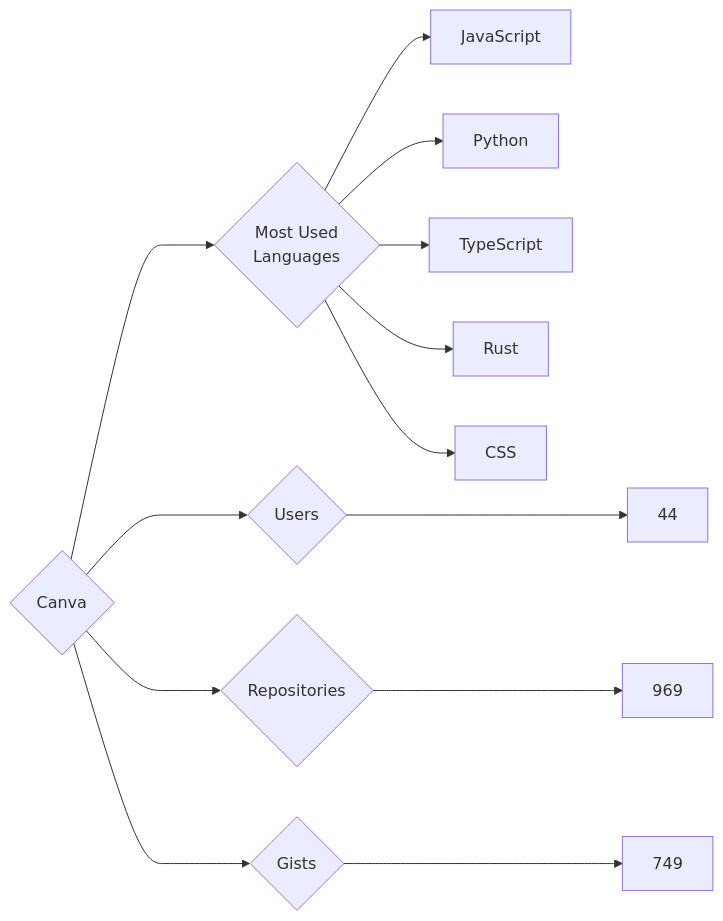
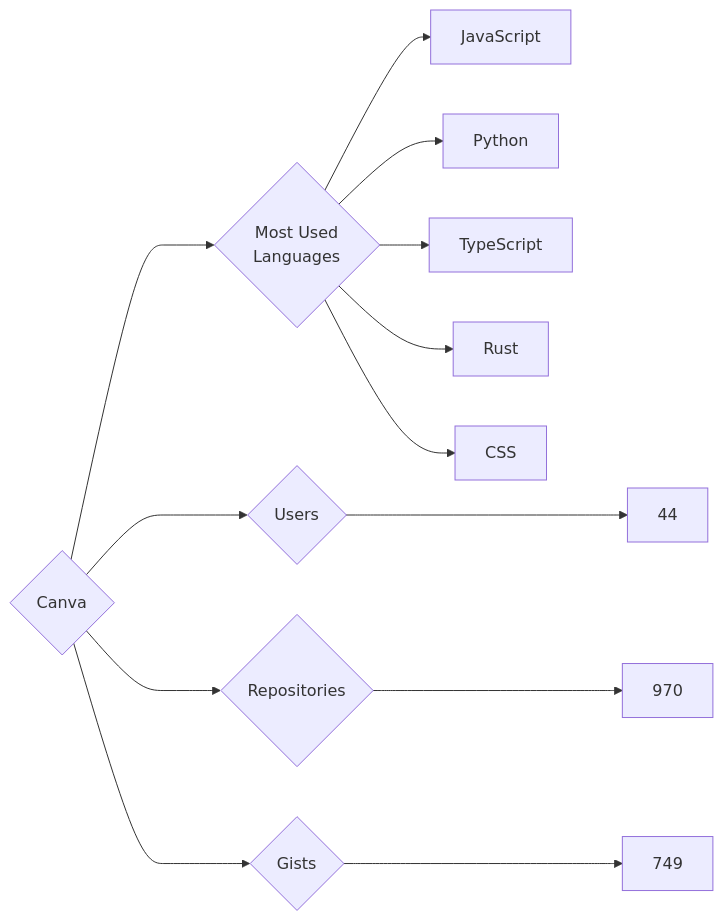
One commit to trickest/insiders changed the diagram in targets/Canva/README.md. Above: the diagram before and after it, drawn with Mermaid. The commit also changed 629 other files, not shown here.

````diff
--- a/targets/Canva/README.md
+++ b/targets/Canva/README.md
@@ -3,13 +3,13 @@
 ```mermaid
 graph LR
 COMPANY_NAME{Canva}
 COMPANY_NAME ---> U{Users} ---> UN[44]
-COMPANY_NAME ---> R{Repositories} ---> RN[969]
+COMPANY_NAME ---> R{Repositories} ---> RN[970]
 COMPANY_NAME ---> G{Gists} ---> GN[749]
 COMPANY_NAME ---> ML{Most Used<br>Languages}
 ML --> JavaScript[JavaScript]
 ML --> Python[Python]
 ML --> TypeScript[TypeScript]
 ML --> Rust[Rust]
 ML --> CSS[CSS]
 ```
````
